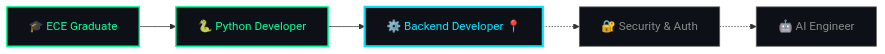
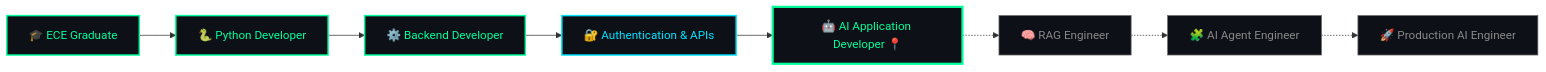
Before and after one commit to AboobakerSiddique/AboobakerSiddique: the diagram in README.md, drawn with Mermaid. The commit also changed other lines of this file, not shown here.

````diff
--- a/README.md
+++ b/README.md
@@ -87,13 +119,19 @@
 ```mermaid
 graph LR
     A["🎓 ECE Graduate"] --> B["🐍 Python Developer"]
-    B --> C["⚙️ Backend Developer 📍"]
-    C -.-> D["🔐 Security & Auth"]
-    D -.-> E["🤖 AI Engineer"]
+    B --> C["⚙️ Backend Developer"]
+    C --> D["🔐 Authentication & APIs"]
+    D --> E["🤖 AI Application Developer 📍"]
+    E -.-> F["🧠 RAG Engineer"]
+    F -.-> G["🧩 AI Agent Engineer"]
+    G -.-> H["🚀 Production AI Engineer"]
 
     style A fill:#0D1117,stroke:#00FF9C,stroke-width:2px,color:#00FF9C
     style B fill:#0D1117,stroke:#00FF9C,stroke-width:2px,color:#00FF9C
-    style C fill:#0D1117,stroke:#00E5FF,stroke-width:3px,color:#00E5FF
-    style D fill:#0D1117,stroke:#666666,stroke-width:1px,color:#888888
-    style E fill:#0D1117,stroke:#666666,stroke-width:1px,color:#888888
+    style C fill:#0D1117,stroke:#00FF9C,stroke-width:2px,color:#00FF9C
+    style D fill:#0D1117,stroke:#00E5FF,stroke-width:2px,color:#00E5FF
+    style E fill:#0D1117,stroke:#00FF9C,stroke-width:3px,color:#00FF9C
+    style F fill:#0D1117,stroke:#666666,stroke-width:1px,color:#888888
+    style G fill:#0D1117,stroke:#666666,stroke-width:1px,color:#888888
+    style H fill:#0D1117,stroke:#666666,stroke-width:1px,color:#888888
 ```
````
